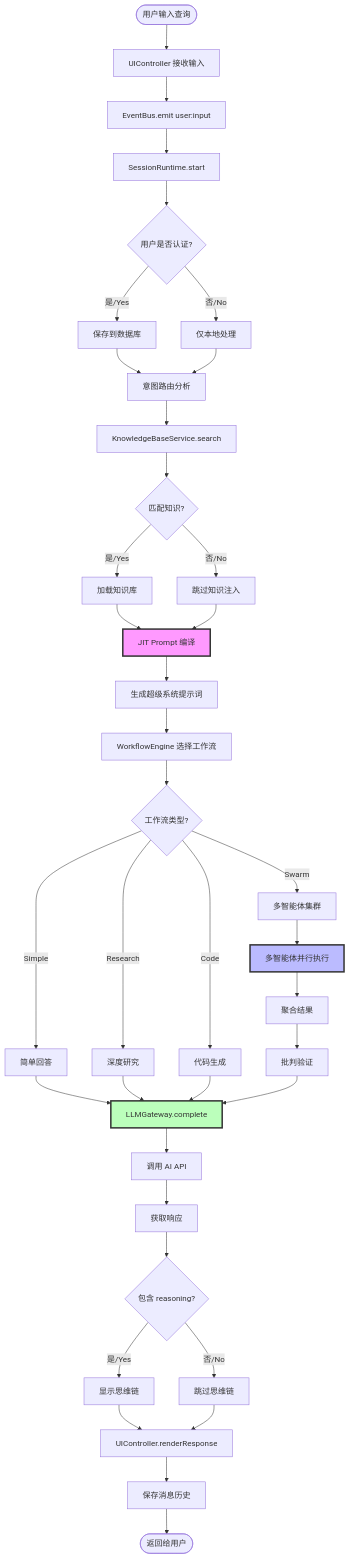
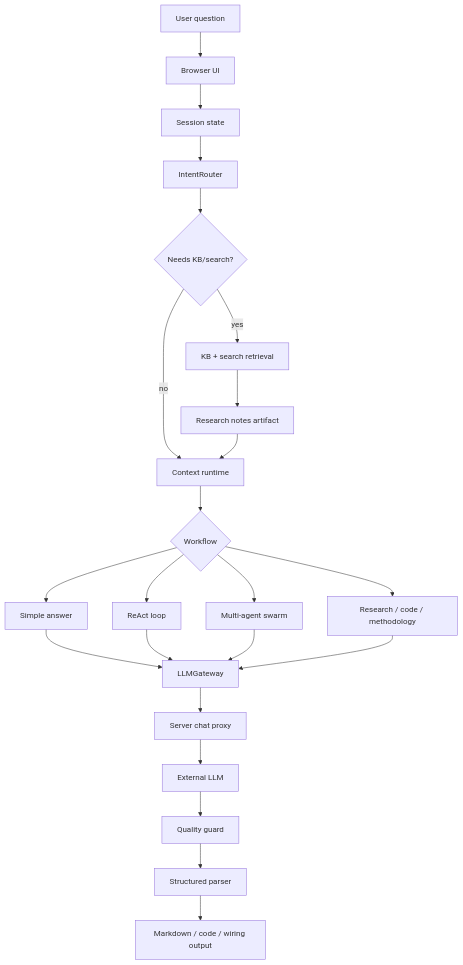
One commit to yui277/GH-AI-helper changed the first of 6 diagrams in DATA-FLOW.md. Above: the diagram before and after it, drawn with Mermaid. The commit also changed other lines of this file and 9 other files, not shown here.

Commit message:
docs: refine public technical architecture

````diff
--- a/DATA-FLOW.md
+++ b/DATA-FLOW.md
@@ -23,56 +13,25 @@
 ```mermaid
-graph TB
-    Start([用户输入查询]) --> UI[UIController 接收输入]
-    UI --> Emit[EventBus.emit user:input]
-    Emit --> Runtime[SessionRuntime.start]
-    
-    Runtime --> Check{用户是否认证?}
-    Check -->|是/Yes| SaveHistory[保存到数据库]
-    Check -->|否/No| LocalOnly[仅本地处理]
-    
-    SaveHistory --> Route
-    LocalOnly --> Route[意图路由分析]
-    
-    Route --> KB[KnowledgeBaseService.search]
-    KB --> Match{匹配知识?}
-    Match -->|是/Yes| LoadKB[加载知识库]
-    Match -->|否/No| SkipKB[跳过知识注入]
-    
-    LoadKB --> JIT
-    SkipKB --> JIT[JIT Prompt 编译]
-    
-    JIT --> Compile[生成超级系统提示词]
-    Compile --> Workflow[WorkflowEngine 选择工作流]
-    
-    Workflow --> Type{工作流类型?}
-    Type -->|Simple| Simple[简单回答]
-    Type -->|Swarm| Swarm[多智能体集群]
-    Type -->|Research| Research[深度研究]
-    Type -->|Code| Code[代码生成]
-    
-    Simple --> LLM
-    Swarm --> MultiAgent
-    Research --> LLM
-    Code --> LLM
-    
-    MultiAgent[多智能体并行执行] --> Aggregate[聚合结果]
-    Aggregate --> Critic[批判验证]
-    Critic --> LLM
-    
-    LLM[LLMGateway.complete] --> API[调用 AI API]
-    API --> Response[获取响应]
-    
-    Response --> Parse{包含 reasoning?}
-    Parse -->|是/Yes| ShowReason[显示思维链]
-    Parse -->|否/No| SkipReason[跳过思维链]
-    
-    ShowReason --> Render
-    SkipReason --> Render[UIController.renderResponse]
-    
-    Render --> SaveMsg[保存消息历史]
-    SaveMsg --> End([返回给用户])
-    
-    style JIT fill:#f9f,stroke:#333,stroke-width:3px
-    style MultiAgent fill:#bbf,stroke:#333,stroke-width:3px
-    style LLM fill:#bfb,stroke:#333,stroke-width:3px
+flowchart TD
+    User[User question] --> UI[Browser UI]
+    UI --> Store[Session state]
+    Store --> Route[IntentRouter]
+    Route --> NeedKB{Needs KB/search?}
+    NeedKB -->|yes| Retrieval[KB + search retrieval]
+    NeedKB -->|no| Runtime
+    Retrieval --> Artifact[Research notes artifact]
+    Artifact --> Runtime[Context runtime]
+    Runtime --> Workflow{Workflow}
+    Workflow --> Simple[Simple answer]
+    Workflow --> React[ReAct loop]
+    Workflow --> Swarm[Multi-agent swarm]
+    Workflow --> Other[Research / code / methodology]
+    Simple --> Gateway[LLMGateway]
+    React --> Gateway
+    Swarm --> Gateway
+    Other --> Gateway
+    Gateway --> Proxy[Server chat proxy]
+    Proxy --> LLM[External LLM]
+    LLM --> Guard[Quality guard]
+    Guard --> Parser[Structured parser]
+    Parser --> Output[Markdown / code / wiring output]
 ```
````
